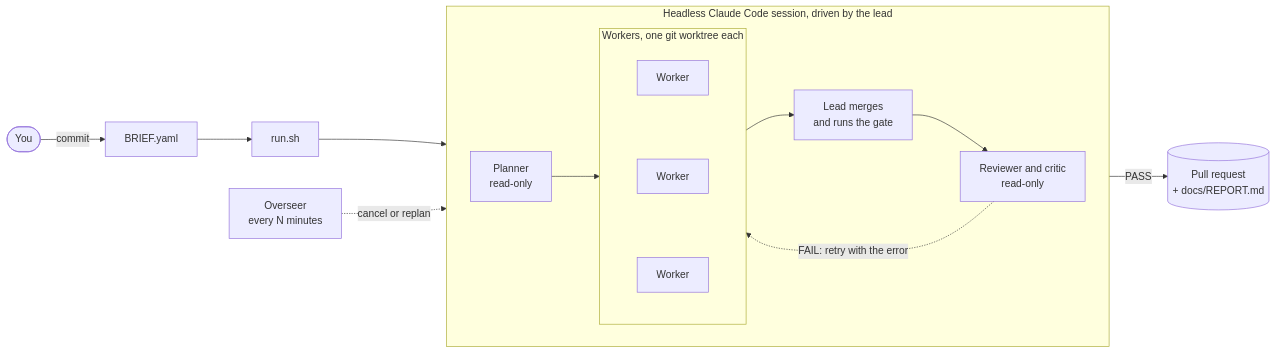
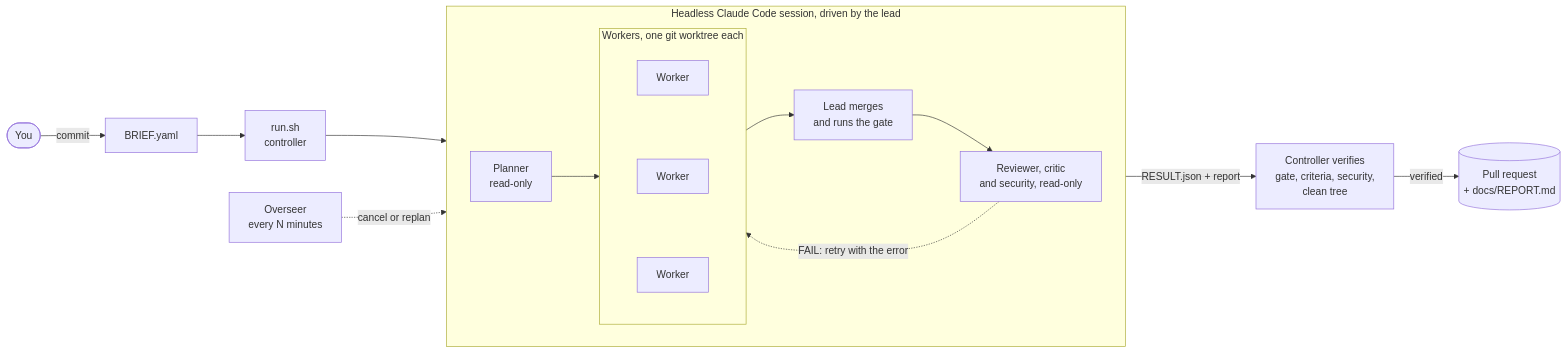
The second of 5 diagrams in README.md (Jimmycarroll2021/quickship), drawn with Mermaid before and after one commit. The commit also changed other lines of this file and 48 other files, not shown here.

````diff
--- a/README.md
+++ b/README.md
@@ -115,18 +126,19 @@
 ```mermaid
 flowchart LR
-    you([You]) -->|commit| brief["BRIEF.yaml"] --> run["run.sh"]
+    you([You]) -->|commit| brief["BRIEF.yaml"] --> run["run.sh<br/>controller"]
     run --> planner
     subgraph session["Headless Claude Code session, driven by the lead"]
         direction LR
         planner["Planner<br/>read-only"] --> trees
         subgraph trees["Workers, one git worktree each"]
             direction TB
             w1["Worker"] ~~~ w2["Worker"] ~~~ w3["Worker"]
         end
         trees --> merge["Lead merges<br/>and runs the gate"]
-        merge --> critic["Reviewer and critic<br/>read-only"]
+        merge --> critic["Reviewer, critic<br/>and security, read-only"]
         critic -.->|"FAIL: retry with the error"| trees
     end
-    critic -->|"PASS"| pr[("Pull request<br/>+ docs/REPORT.md")]
+    critic -->|"RESULT.json + report"| verify["Controller verifies<br/>gate, criteria, security,<br/>clean tree"]
+    verify -->|"verified"| pr[("Pull request<br/>+ docs/REPORT.md")]
     overseer["Overseer<br/>every N minutes"] -.->|"cancel or replan"| session
 ```
````
